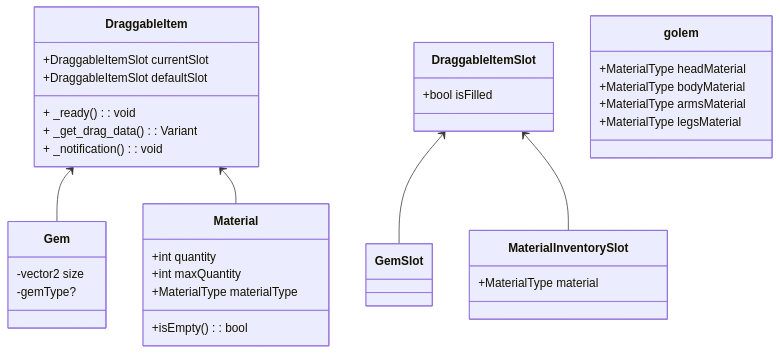
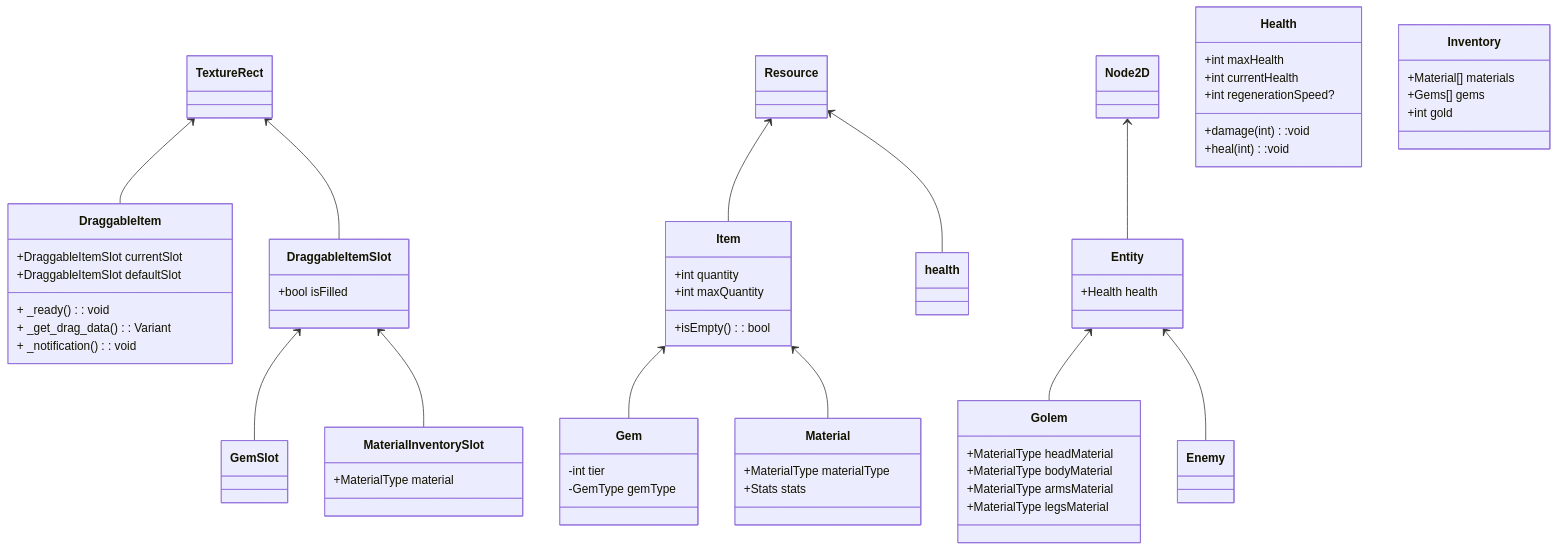
Before and after one commit to pyralasis/GolemGameGodot: the diagram in test.md, drawn with Mermaid. The commit also changed 6 other files, not shown here.

````diff
--- a/test.md
+++ b/test.md
@@ -1,45 +1,74 @@
 ```mermaid
 classDiagram
-    DraggableItem <-- Gem
-    DraggableItem <-- Material
-
+    
+    TextureRect <-- DraggableItem
     class DraggableItem{
         +DraggableItemSlot currentSlot
         +DraggableItemSlot defaultSlot
 
         + _ready(): void 
         + _get_drag_data(): Variant
         + _notification(): void
     }
+
+    Resource <-- Item
+    Item <-- Gem
+    Item <-- Material
+    class Item{
+        +int quantity
+        +int maxQuantity
+        +isEmpty(): bool
+    }
     class Gem{
-        -vector2 size
-        -gemType?
+        -int tier
+        -GemType gemType
     }
     class Material{
-        +int quantity
-        +int maxQuantity
         +MaterialType materialType
-        +isEmpty(): bool
+        +Stats stats
     }
 
-
+    TextureRect <-- DraggableItemSlot
     DraggableItemSlot <-- GemSlot
     DraggableItemSlot <-- MaterialInventorySlot
 
     class DraggableItemSlot{
         +bool isFilled
     }
     class GemSlot{
     }
     class MaterialInventorySlot{
         +MaterialType material
     }
 
-    class golem{
+    Node2D <-- Entity
+    Entity <-- Golem
+    Entity <-- Enemy
+    class Entity{
+        +Health health
+    }
+    class Golem{
         +MaterialType headMaterial
         +MaterialType bodyMaterial
         +MaterialType armsMaterial
         +MaterialType legsMaterial
+    }
+    class Enemy{
 
     }
+
+    Resource <-- health
+    class Health{
+        +int maxHealth
+        +int currentHealth
+        +int regenerationSpeed?
+        +damage(int):void
+        +heal(int):void
+    }
+
+    class Inventory{
+        +Material[] materials
+        +Gems[] gems
+        +int gold
+    }
 ```
````
